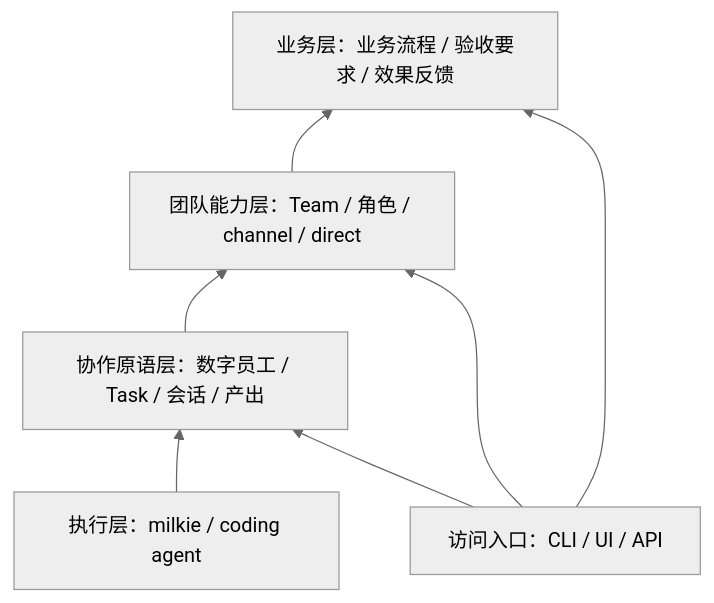
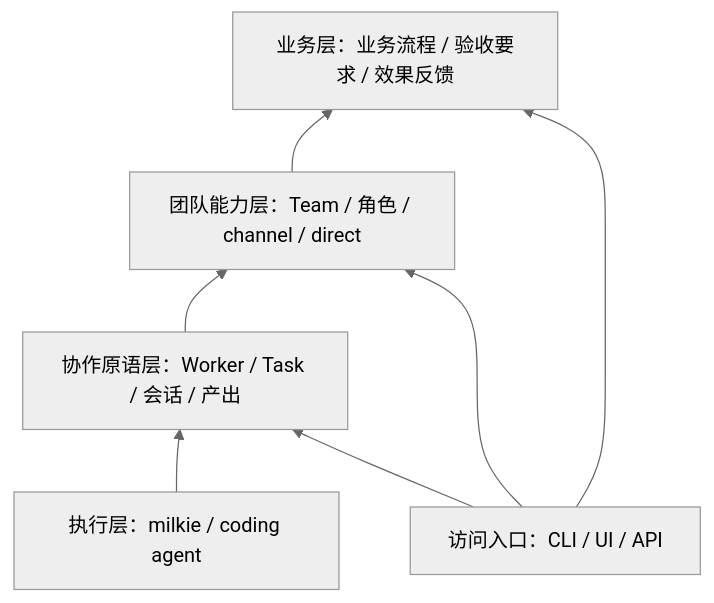
One commit to xforce-io/atelier changed the diagram in docs/overview.md. Above: the diagram before and after it, drawn with Mermaid (neutral theme). The commit also changed other lines of this file and 3 other files, not shown here.

````diff
--- a/docs/overview.md
+++ b/docs/overview.md
@@ -43,12 +44,12 @@
 ```mermaid
 flowchart BT
     E[执行层：milkie / coding agent]
-    C[协作原语层：数字员工 / Task / 会话 / 产出]
+    C[协作原语层：Worker / Task / 会话 / 产出]
     T[团队能力层：Team / 角色 / channel / direct]
     B[业务层：业务流程 / 验收要求 / 效果反馈]
     A[访问入口：CLI / UI / API]
     E --> C --> T --> B
     A --> C
     A --> T
     A --> B
 ```
````
